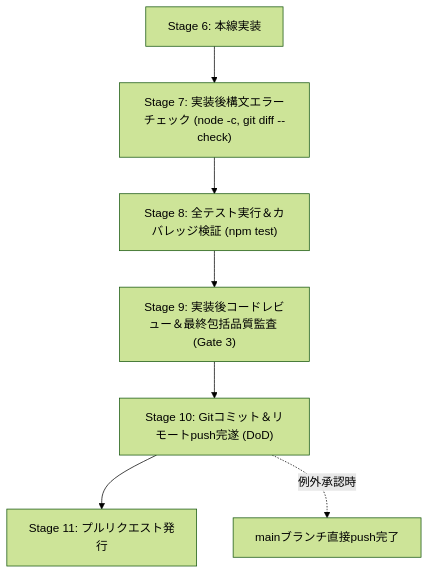
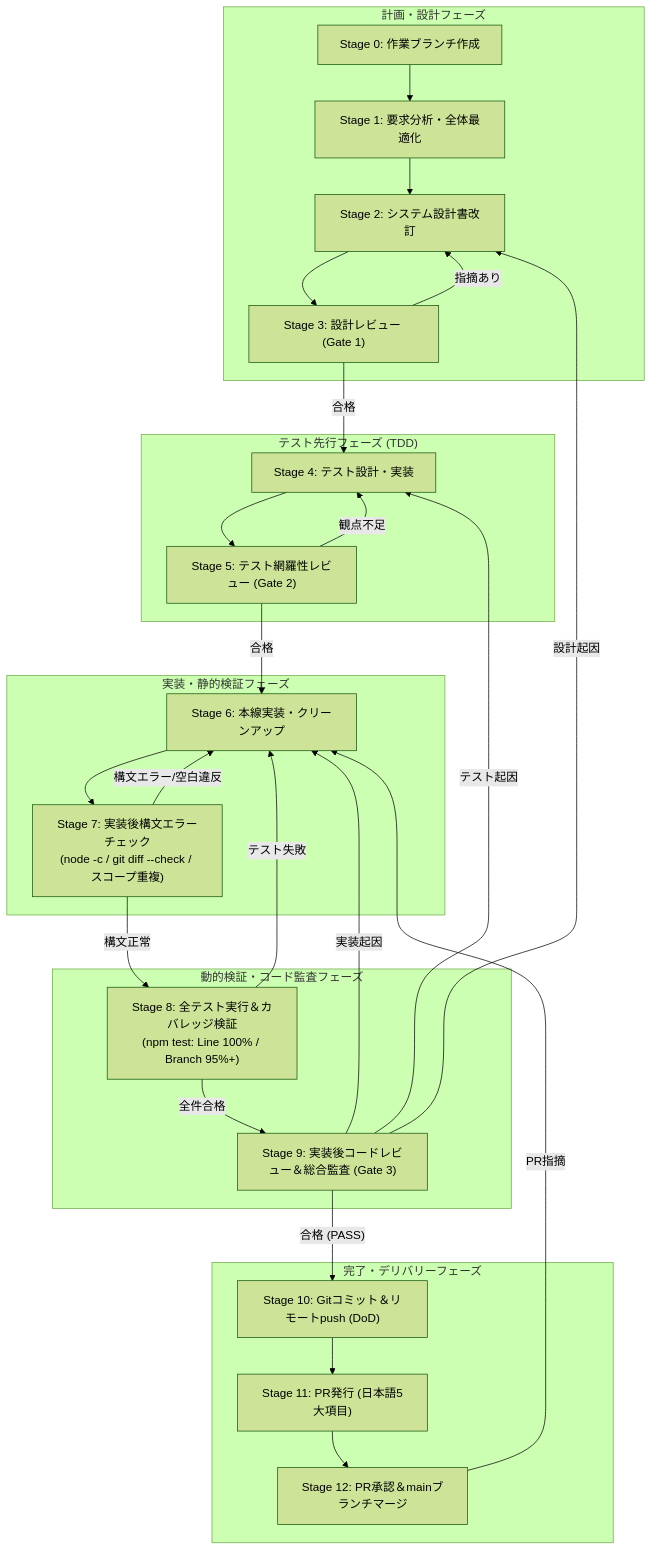
Before and after one commit to tekuteku-life/kogaidocs: the first of 2 diagrams in docs/reviews/review19_process_v1_3_0.md, drawn with Mermaid (forest theme). The commit also changed other lines of this file and 19 other files, not shown here.

````diff
--- a/docs/reviews/review19_process_v1_3_0.md
+++ b/docs/reviews/review19_process_v1_3_0.md
@@ -68,9 +47,37 @@
 ```mermaid
 flowchart TD
-	S6["Stage 6: 本線実装"] --> S7["Stage 7: 実装後構文エラーチェック (node -c, git diff --check)"]
-	S7 --> S8["Stage 8: 全テスト実行＆カバレッジ検証 (npm test)"]
-	S8 --> S9["Stage 9: 実装後コードレビュー＆最終包括品質監査 (Gate 3)"]
-	S9 --> S10["Stage 10: Gitコミット＆リモートpush完遂 (DoD)"]
-	S10 --> S11["Stage 11: プルリクエスト発行"]
-	S10 -. "例外承認時" .-> M["mainブランチ直接push完了"]
+	subgraph Planning["計画・設計フェーズ"]
+		S0["Stage 0: 作業ブランチ作成"] --> S1["Stage 1: 要求分析・全体最適化"]
+		S1 --> S2["Stage 2: システム設計書改訂"]
+		S2 --> S3["Stage 3: 設計レビュー (Gate 1)"]
+		S3 -- "指摘あり" --> S2
+	end
+
+	subgraph TestDesign["テスト先行フェーズ (TDD)"]
+		S3 -- "合格" --> S4["Stage 4: テスト設計・実装"]
+		S4 --> S5["Stage 5: テスト網羅性レビュー (Gate 2)"]
+		S5 -- "観点不足" --> S4
+	end
+
+	subgraph Implementation["実装・静的検証フェーズ"]
+		S5 -- "合格" --> S6["Stage 6: 本線実装・クリーンアップ"]
+		S6 --> S7["Stage 7: 実装後構文エラーチェック<br/>(node -c / git diff --check / スコープ重複)"]
+		S7 -- "構文エラー/空白違反" --> S6
+	end
+
+	subgraph QualityAssurance["動的検証・コード監査フェーズ"]
+		S7 -- "構文正常" --> S8["Stage 8: 全テスト実行＆カバレッジ検証<br/>(npm test: Line 100% / Branch 95%+)"]
+		S8 -- "テスト失敗" --> S6
+		S8 -- "全件合格" --> S9["Stage 9: 実装後コードレビュー＆総合監査 (Gate 3)"]
+		S9 -- "設計起因" --> S2
+		S9 -- "テスト起因" --> S4
+		S9 -- "実装起因" --> S6
+	end
+
+	subgraph Completion["完了・デリバリーフェーズ"]
+		S9 -- "合格 (PASS)" --> S10["Stage 10: Gitコミット＆リモートpush (DoD)"]
+		S10 --> S11["Stage 11: PR発行 (日本語5大項目)"]
+		S11 --> S12["Stage 12: PR承認＆mainブランチマージ"]
+		S12 -- "PR指摘" --> S6
+	end
 ```
````
